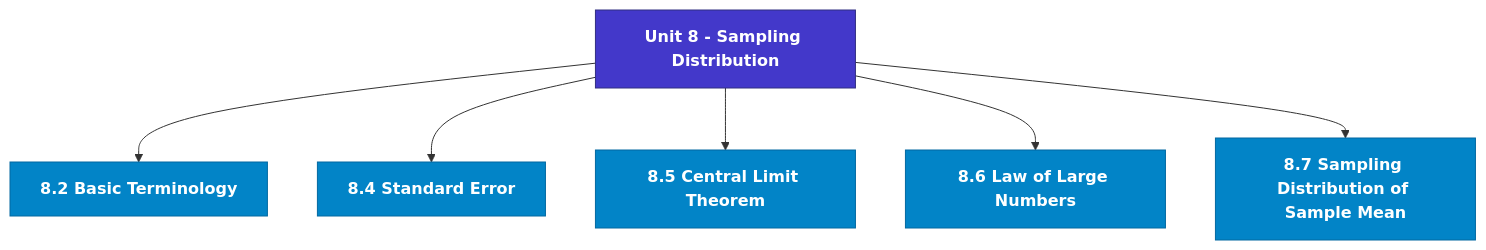
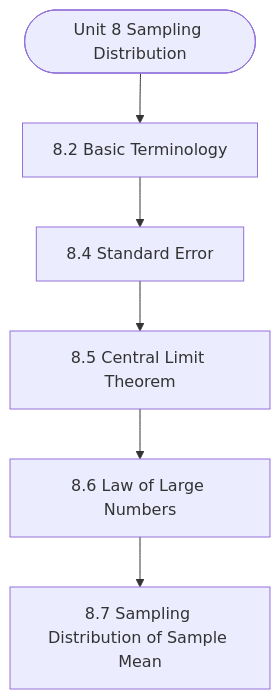
Before and after one commit to Asutosh-Coaching/mscdsa: the diagram in notes/Semester_2/MCS-066_Mathematical_Foundations_-_II/unit_08_Sampling_Distribution.md, drawn with Mermaid. The commit also changed other lines of this file and 115 other files, not shown here.

Commit message:
Fix Mermaid layout for mobile, isolate LaTeX delimiters, and add GitHub Pages reader

````diff
--- a/notes/Semester_2/MCS-066_Mathematical_Foundations_-_II/unit_08_Sampling_Distribution.md
+++ b/notes/Semester_2/MCS-066_Mathematical_Foundations_-_II/unit_08_Sampling_Distribution.md
@@ -19,19 +19,14 @@
 ```mermaid
 flowchart TD
-  %% Styling Definitions
-  classDef head fill:#4338ca,stroke:#312e81,color:#ffffff,font-weight:bold;
-  classDef topic fill:#0284c7,stroke:#0369a1,color:#ffffff,font-weight:600;
-  classDef sub fill:#1e293b,stroke:#475569,color:#f8fafc;
-
-  Root["Unit 8 - Sampling Distribution"]:::head
-  M1["8.2 Basic Terminology"]:::topic
-  Root --> M1
-  M2["8.4 Standard Error"]:::topic
-  Root --> M2
-  M3["8.5 Central Limit Theorem"]:::topic
-  Root --> M3
-  M4["8.6 Law of Large Numbers"]:::topic
-  Root --> M4
-  M5["8.7 Sampling Distribution of Sample Mean"]:::topic
-  Root --> M5
+  Start(["Unit 8 Sampling Distribution"])
+  N1["8.2 Basic Terminology"]
+  N2["8.4 Standard Error"]
+  N3["8.5 Central Limit Theorem"]
+  N4["8.6 Law of Large Numbers"]
+  N5["8.7 Sampling Distribution of Sample Mean"]
+  Start --> N1
+  N1 --> N2
+  N2 --> N3
+  N3 --> N4
+  N4 --> N5
 ```
````
